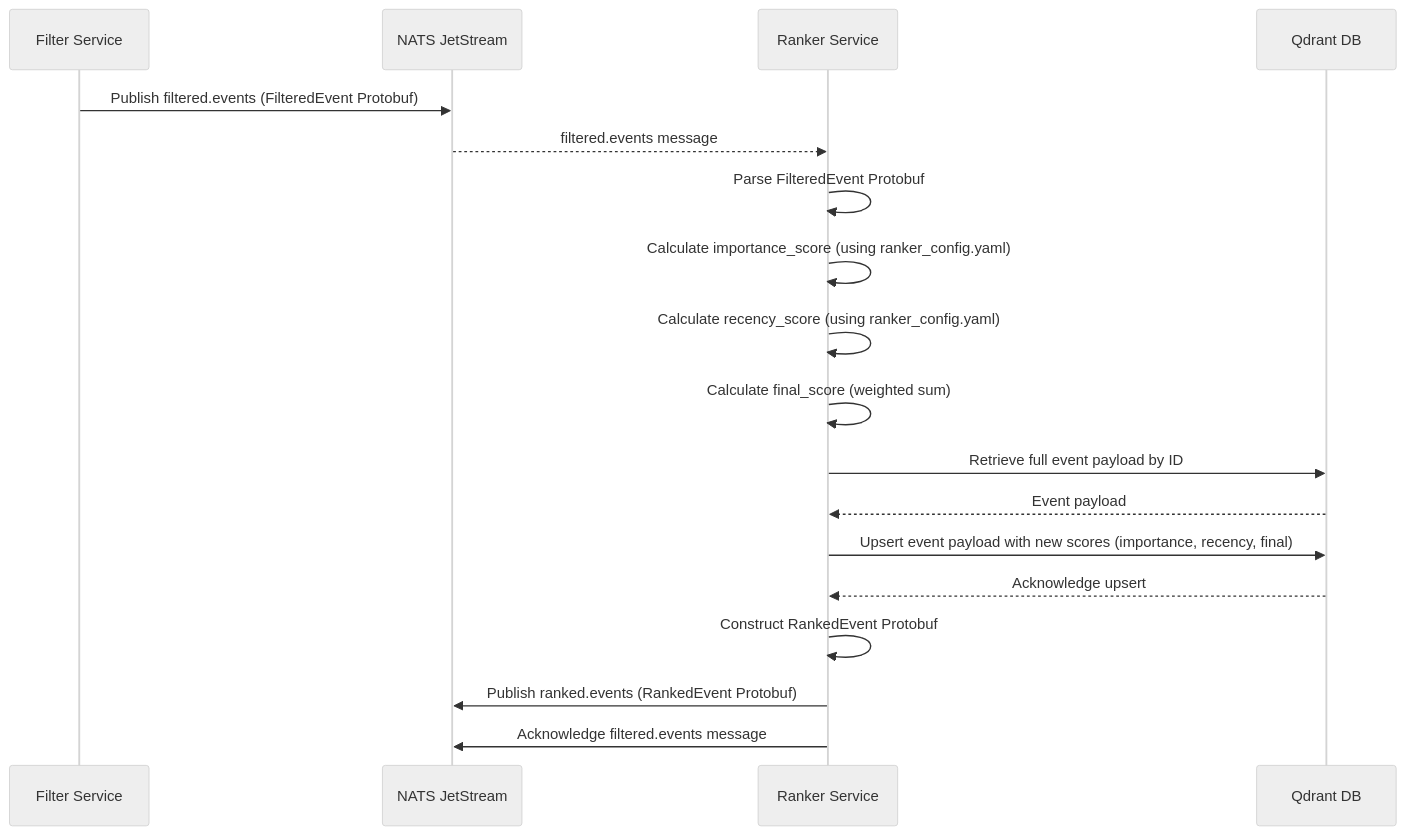
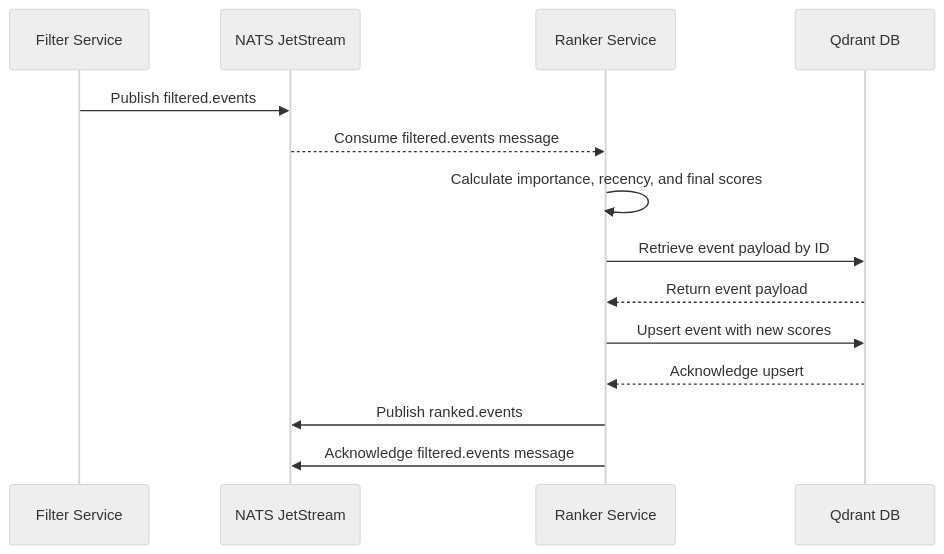
Before and after one commit to gsantopaolo/sentinel-AI: the diagram in docs/ranker.md, drawn with Mermaid (neutral theme). The commit also changed other lines of this file and 8 other files, not shown here.

````diff
--- a/docs/ranker.md
+++ b/docs/ranker.md
@@ -80,21 +89,17 @@
 ```mermaid
 sequenceDiagram
     participant Filter as Filter Service
     participant NATS as NATS JetStream
     participant Ranker as Ranker Service
     participant Qdrant as Qdrant DB
 
-    Filter->>NATS: Publish filtered.events (FilteredEvent Protobuf)
-    NATS-->>Ranker: filtered.events message
-    Ranker->>Ranker: Parse FilteredEvent Protobuf
-    Ranker->>Ranker: Calculate importance_score (using ranker_config.yaml)
-    Ranker->>Ranker: Calculate recency_score (using ranker_config.yaml)
-    Ranker->>Ranker: Calculate final_score (weighted sum)
-    Ranker->>Qdrant: Retrieve full event payload by ID
-    Qdrant-->>Ranker: Event payload
-    Ranker->>Qdrant: Upsert event payload with new scores (importance, recency, final)
+    Filter->>NATS: Publish filtered.events
+    NATS-->>Ranker: Consume filtered.events message
+    Ranker->>Ranker: Calculate importance, recency, and final scores
+    Ranker->>Qdrant: Retrieve event payload by ID
+    Qdrant-->>Ranker: Return event payload
+    Ranker->>Qdrant: Upsert event with new scores
     Qdrant-->>Ranker: Acknowledge upsert
-    Ranker->>Ranker: Construct RankedEvent Protobuf
-    Ranker->>NATS: Publish ranked.events (RankedEvent Protobuf)
+    Ranker->>NATS: Publish ranked.events
     Ranker->>NATS: Acknowledge filtered.events message
 ```
````
